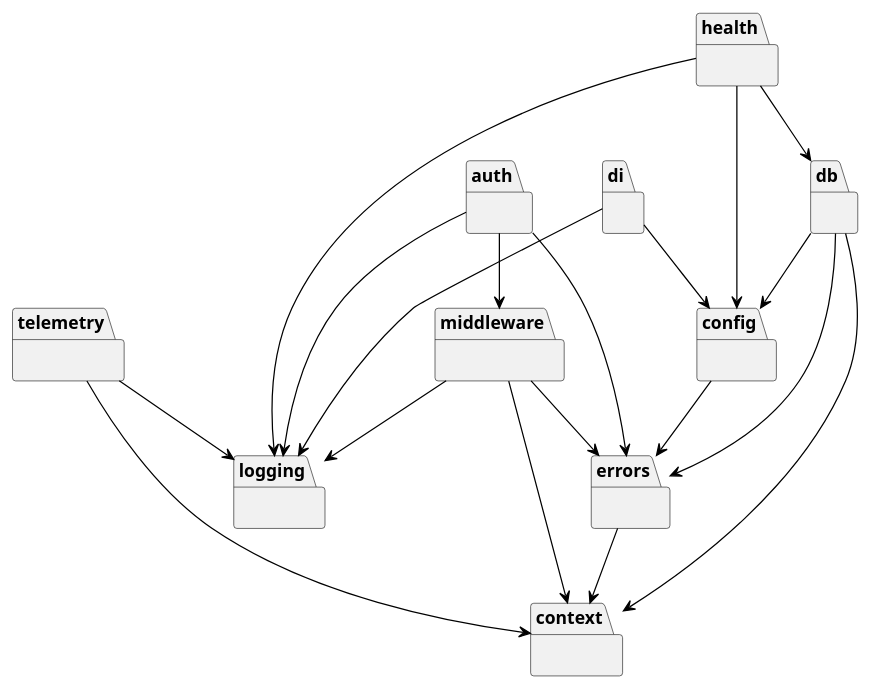
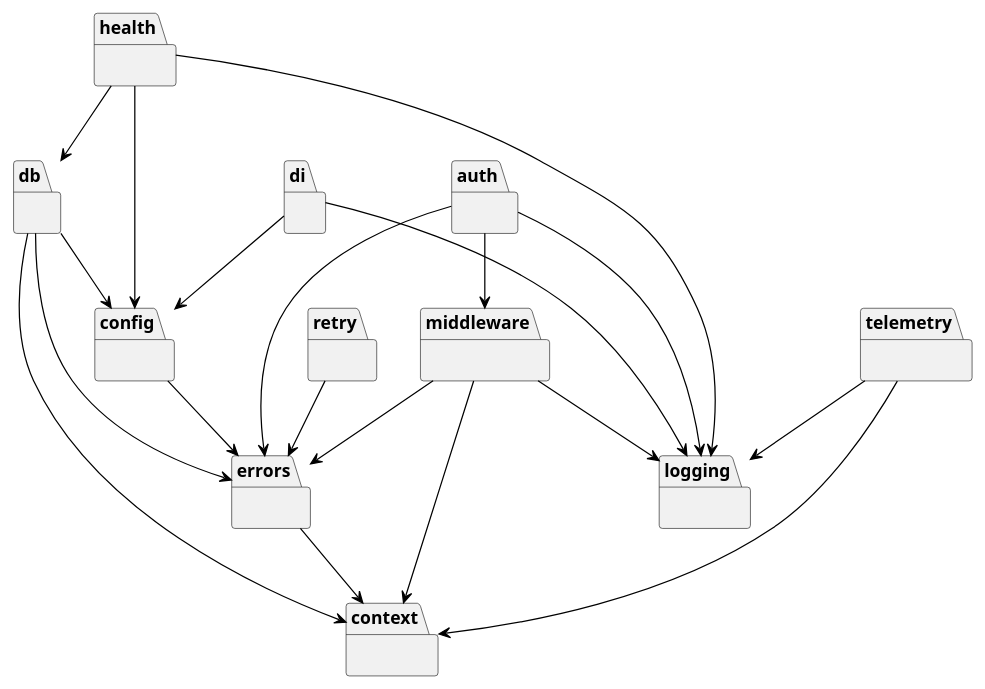
One commit to abitofhelp/servicelib changed the diagram in docs/diagrams/source/package_dependencies.puml. Above: the diagram before and after it, drawn with PlantUML. The commit also changed 22 other files, not shown here.

Commit message:
Added retry package and updated docs.

```diff
--- a/docs/diagrams/source/package_dependencies.puml
+++ b/docs/diagrams/source/package_dependencies.puml
@@ -1,66 +1,71 @@
 @startuml Package Dependencies
 
 skinparam componentStyle uml2
 skinparam component {
   BackgroundColor White
   BorderColor Black
   ArrowColor Black
 }
 
 package "auth" as auth {
 }
 
 package "logging" as logging {
 }
 
 package "telemetry" as telemetry {
 }
 
 package "middleware" as middleware {
 }
 
 package "context" as context {
 }
 
 package "health" as health {
 }
 
 package "errors" as errors {
 }
 
 package "config" as config {
 }
 
 package "db" as db {
 }
 
 package "di" as di {
 }
 
+package "retry" as retry {
+}
+
 auth --> logging
 auth --> middleware
 auth --> errors
 
 telemetry --> logging
 telemetry --> context
 
 middleware --> logging
 middleware --> context
 middleware --> errors
 
 health --> logging
 health --> config
 health --> db
 
 errors --> context
 
 db --> config
 db --> errors
 db --> context
 
 di --> config
 di --> logging
 
 config --> errors
 
+retry --> errors
+
 @enduml
```
